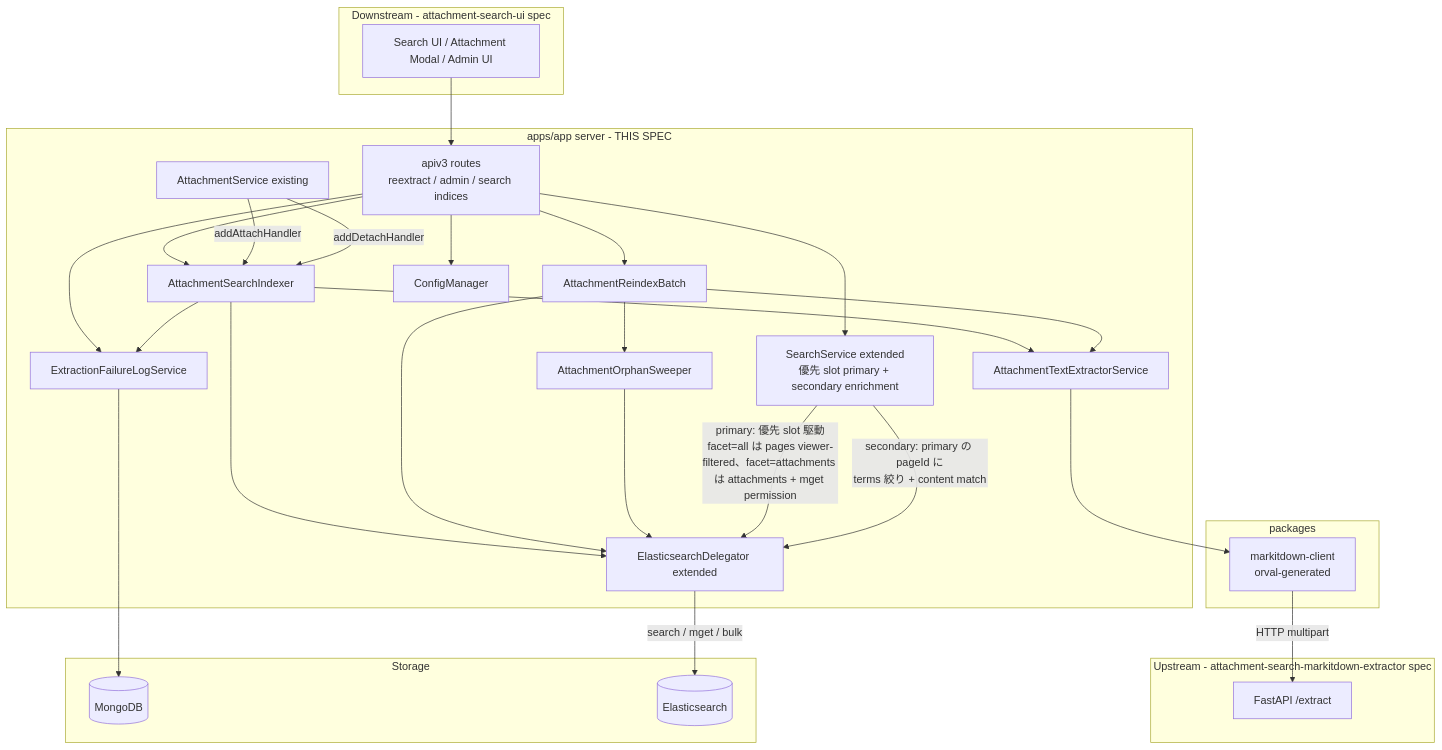
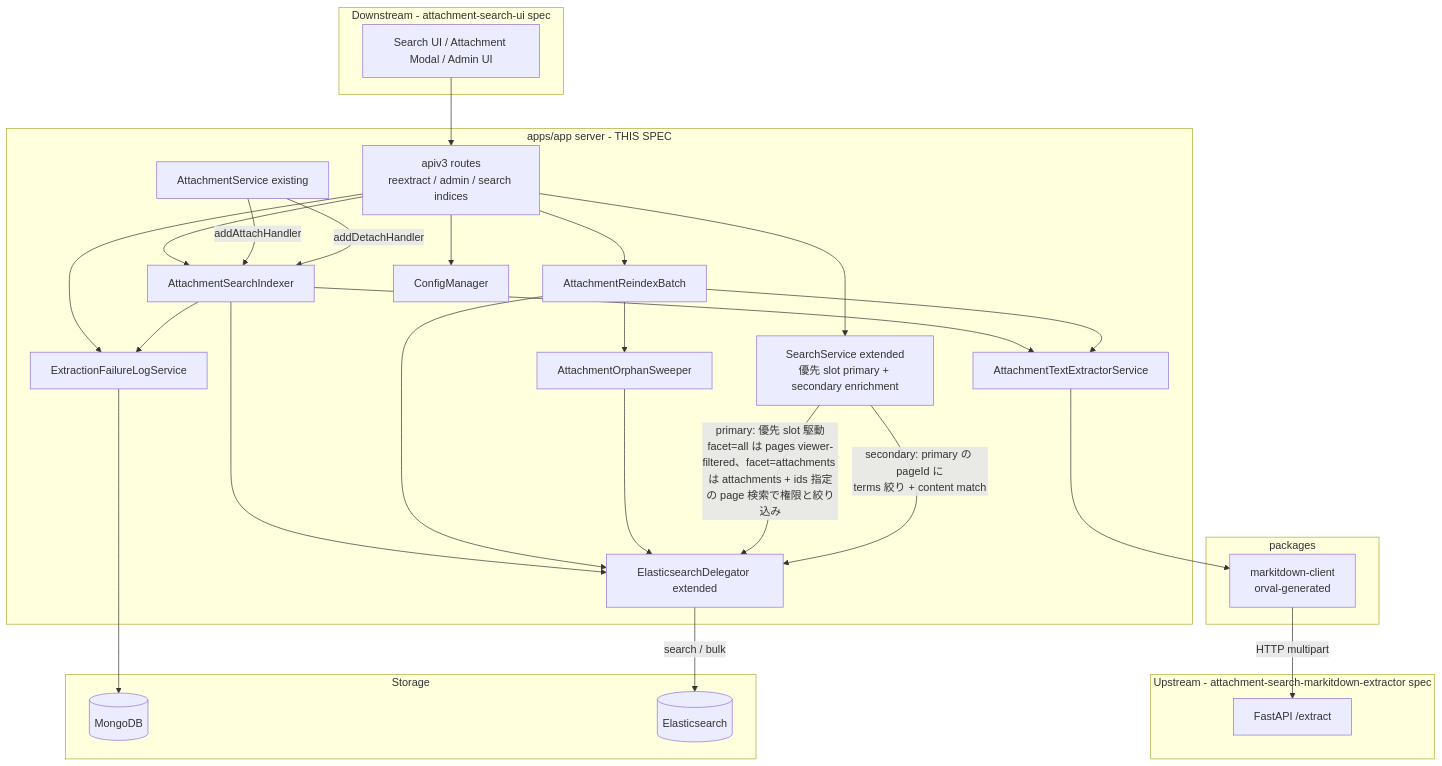
Before and after one commit to growilabs/growi: the first of 6 diagrams in .kiro/specs/attachment-search-indexing/design.md, drawn with Mermaid. The commit also changed other lines of this file and 3 other files, not shown here.

````diff
--- a/.kiro/specs/attachment-search-indexing/design.md
+++ b/.kiro/specs/attachment-search-indexing/design.md
@@ -100,58 +106,58 @@
 ```mermaid
 graph TB
     subgraph upstream [Upstream - attachment-search-markitdown-extractor spec]
         FastAPI[FastAPI /extract]
     end
 
     subgraph downstream [Downstream - attachment-search-ui spec]
         UI[Search UI / Attachment Modal / Admin UI]
     end
 
     subgraph apps_app [apps/app server - THIS SPEC]
         ApiV3[apiv3 routes<br/>reextract / admin / search indices]
         SearchService[SearchService extended<br/>優先 slot primary + secondary enrichment]
         ESDelegator[ElasticsearchDelegator extended]
         AttachmentService[AttachmentService existing]
         Indexer[AttachmentSearchIndexer]
         Extractor[AttachmentTextExtractorService]
         ReindexBatch[AttachmentReindexBatch]
         OrphanSweeper[AttachmentOrphanSweeper]
         FailureLog[ExtractionFailureLogService]
         ConfigManager[ConfigManager]
     end
 
     subgraph client_pkg [packages]
         Client[markitdown-client<br/>orval-generated]
     end
 
     subgraph storage [Storage]
         Mongo[(MongoDB)]
         ES[(Elasticsearch)]
     end
 
     UI --> ApiV3
     ApiV3 --> SearchService
     ApiV3 --> ReindexBatch
     ApiV3 --> Indexer
     ApiV3 --> FailureLog
     ApiV3 --> ConfigManager
 
     AttachmentService -->|addAttachHandler| Indexer
     AttachmentService -->|addDetachHandler| Indexer
 
     Indexer --> Extractor
     Indexer --> ESDelegator
     Indexer --> FailureLog
     ReindexBatch --> Extractor
     ReindexBatch --> ESDelegator
     ReindexBatch --> OrphanSweeper
     OrphanSweeper --> ESDelegator
 
     Extractor --> Client
     Client -->|HTTP multipart| FastAPI
 
-    SearchService -->|primary: 優先 slot 駆動<br/>facet=all は pages viewer-filtered、facet=attachments は attachments + mget permission| ESDelegator
+    SearchService -->|primary: 優先 slot 駆動<br/>facet=all は pages viewer-filtered、facet=attachments は attachments + ids 指定の page 検索で権限と絞り込み| ESDelegator
     SearchService -->|secondary: primary の pageId に<br/>terms 絞り + content match| ESDelegator
-    ESDelegator -->|search / mget / bulk| ES
+    ESDelegator -->|search / bulk| ES
     FailureLog --> Mongo
 ```
````
